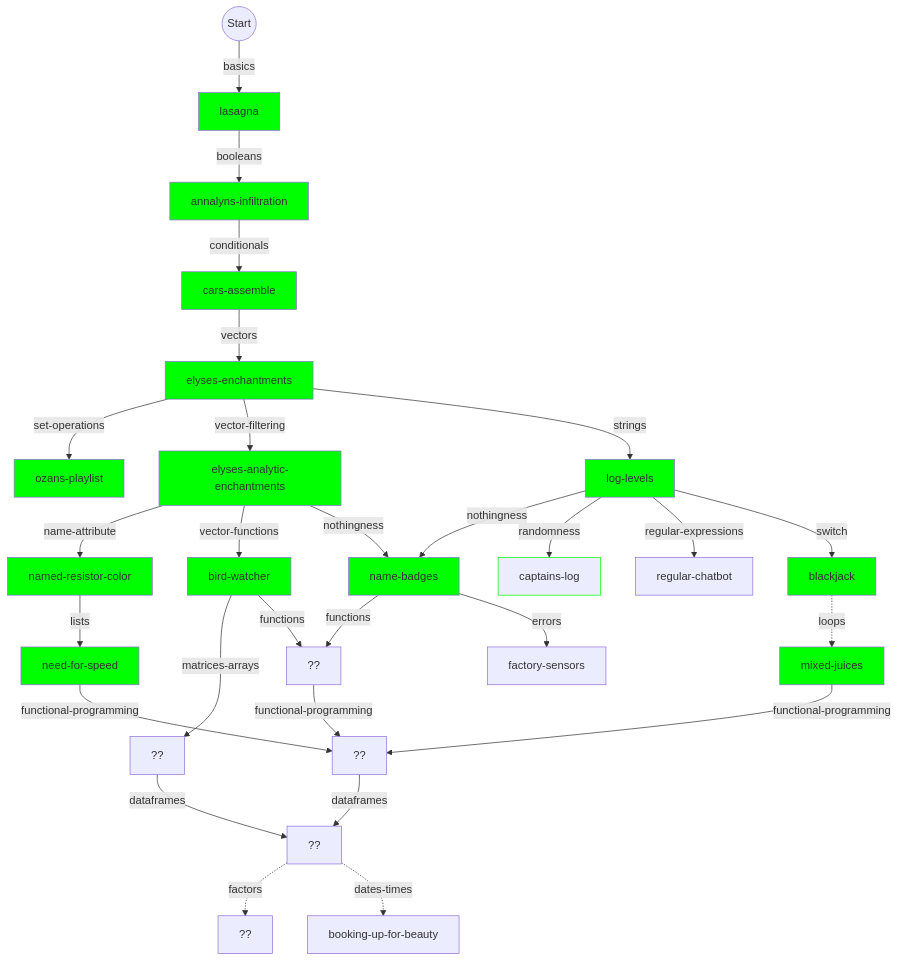
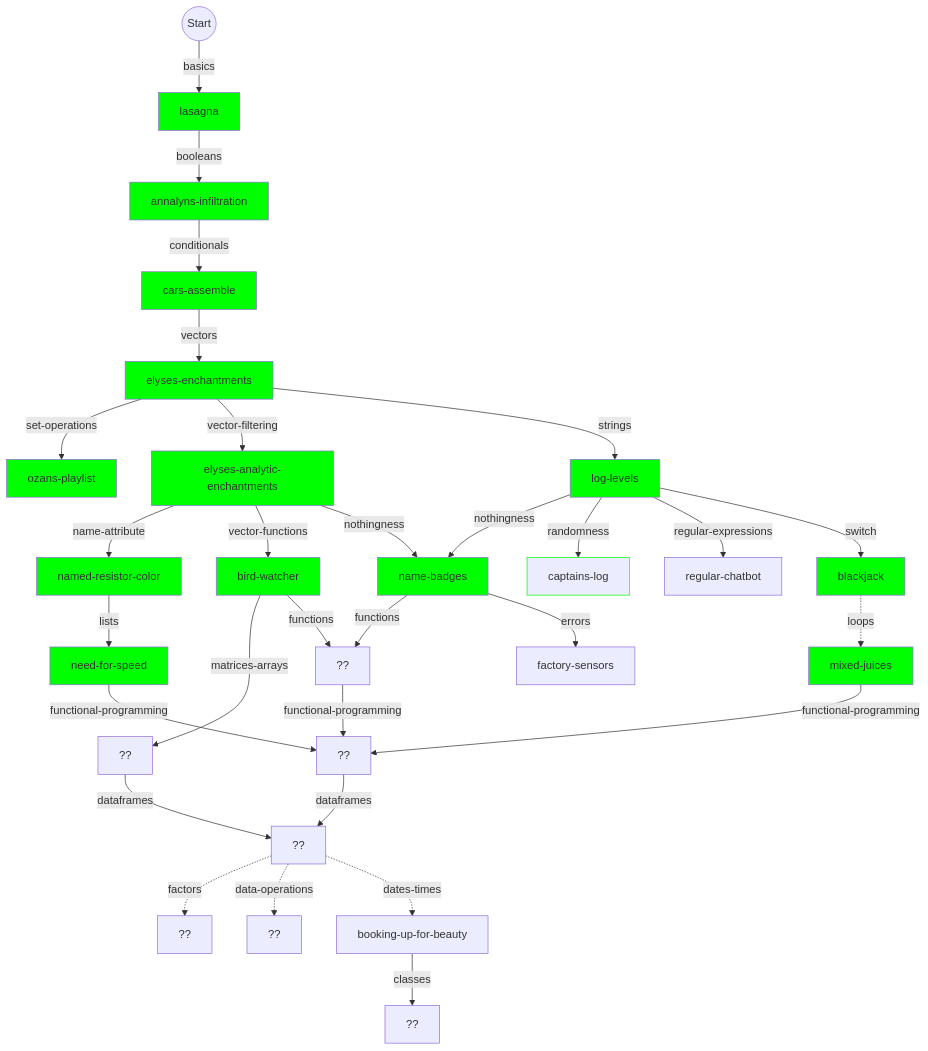
Before and after one commit to colinleach/learning-track-doodles: the first of 2 diagrams in r/flowchart.md, drawn with Mermaid. The commit also changed 1 other file, not shown here.

Commit message:
more dates + flowchart

````diff
--- a/r/flowchart.md
+++ b/r/flowchart.md
@@ -10,68 +10,72 @@
 ```mermaid
 graph TD
     
 start(("Start")) --basics--> basics["lasagna"]
 style basics fill:#0f0
 
 basics --booleans--> booleans["annalyns-infiltration"]
 style booleans fill:#0f0
 
 booleans --conditionals--> conditionals["cars-assemble"]
 style conditionals fill:#0f0
 
 conditionals --vectors--> vectors["elyses-enchantments"]
 style vectors fill:#0f0
 
 switch -.loops.-> loops["mixed-juices"]
 style loops fill:#0f0
 
 vectors --set-operations--> set-operations["ozans-playlist"]
 style set-operations fill:#0f0
 
 name-attribute --lists--> lists["need-for-speed"]
 style lists fill:#0f0
 
 vectors --vector-filtering--> vector-filtering["elyses-analytic-enchantments"]
 style vector-filtering fill:#0f0
 
 vector-filtering --name-attribute--> name-attribute["named-resistor-color"]
 style name-attribute fill:#0f0
 
 vector-filtering --vector-functions--> vector-functions["bird-watcher"]
 style vector-functions fill:#0f0
 
 vectors --strings--> strings["log-levels"]
 style strings fill:#0f0
 
 vector-filtering --nothingness--> nothingness["name-badges"]
 strings --nothingness--> nothingness["name-badges"]
 style nothingness fill:#0f0
 
 strings --randomness--> randomness["captains-log"]
 style randomness stroke:#0f0
 
 strings --regular-expressions--> regular-expressions["regular-chatbot"]
 
 strings --switch--> switch["blackjack"]
 style switch fill:#0f0
 
 lists --functional-programming--> functional-programming["??"]
 functions --functional-programming--> functional-programming["??"]
 loops --functional-programming--> functional-programming["??"]
 
 vector-functions --matrices-arrays--> matrices-arrays["??"]
 
 functional-programming --dataframes--> dataframes["??"]
 
 matrices-arrays --dataframes--> dataframes
 
 dataframes -.factors.-> factors["??"]
 
+dataframes -.data-operations.-> data-operations["??"]
+
 dataframes -.dates-times.-> dates-times["booking-up-for-beauty"]
 
 vector-functions --functions--> functions["??"]
 nothingness --functions--> functions["??"]
 
 nothingness --errors--> errors["factory-sensors "]
 
+dates-times --classes--> classes["??"]
+
 ```
````
